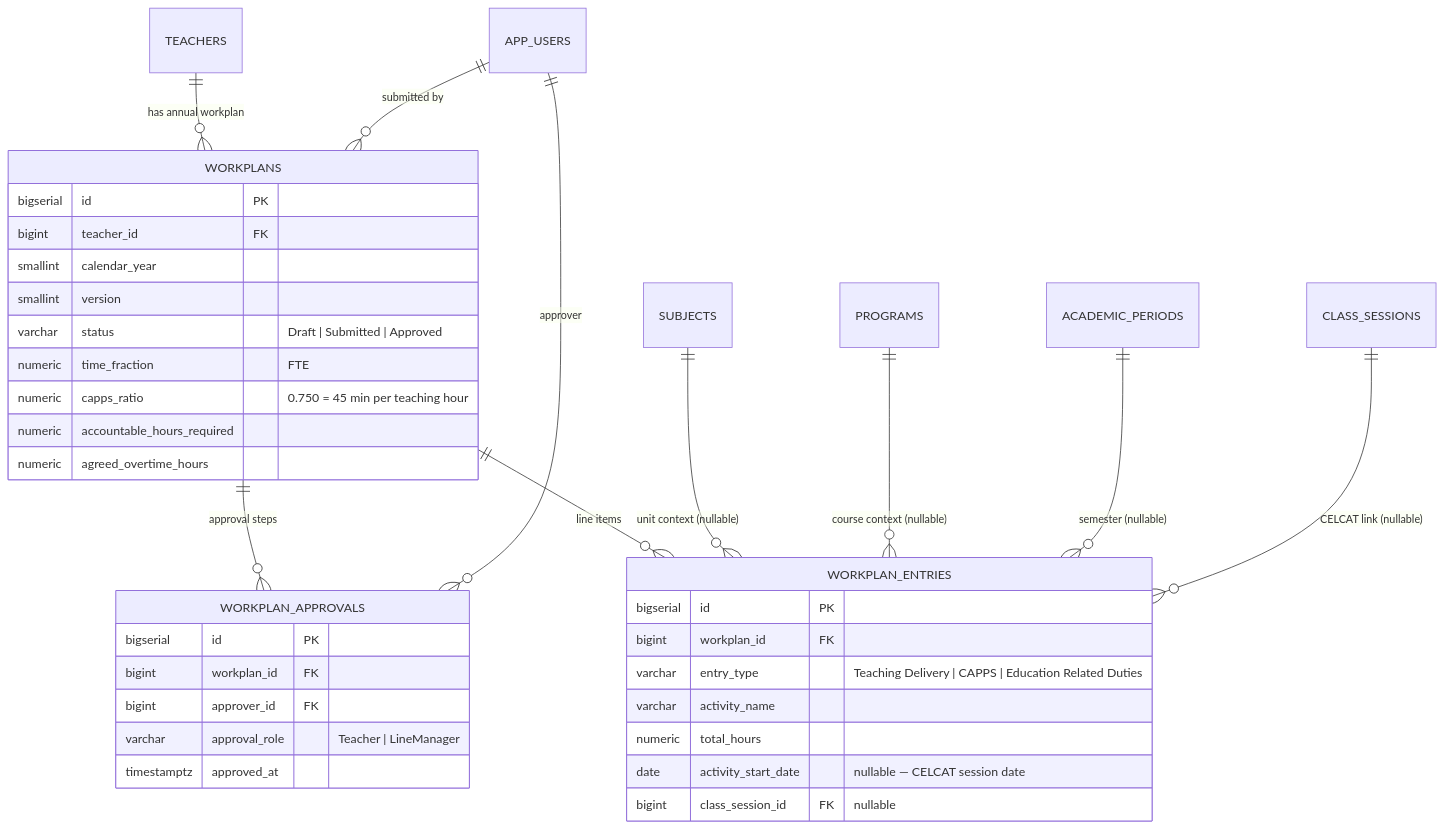
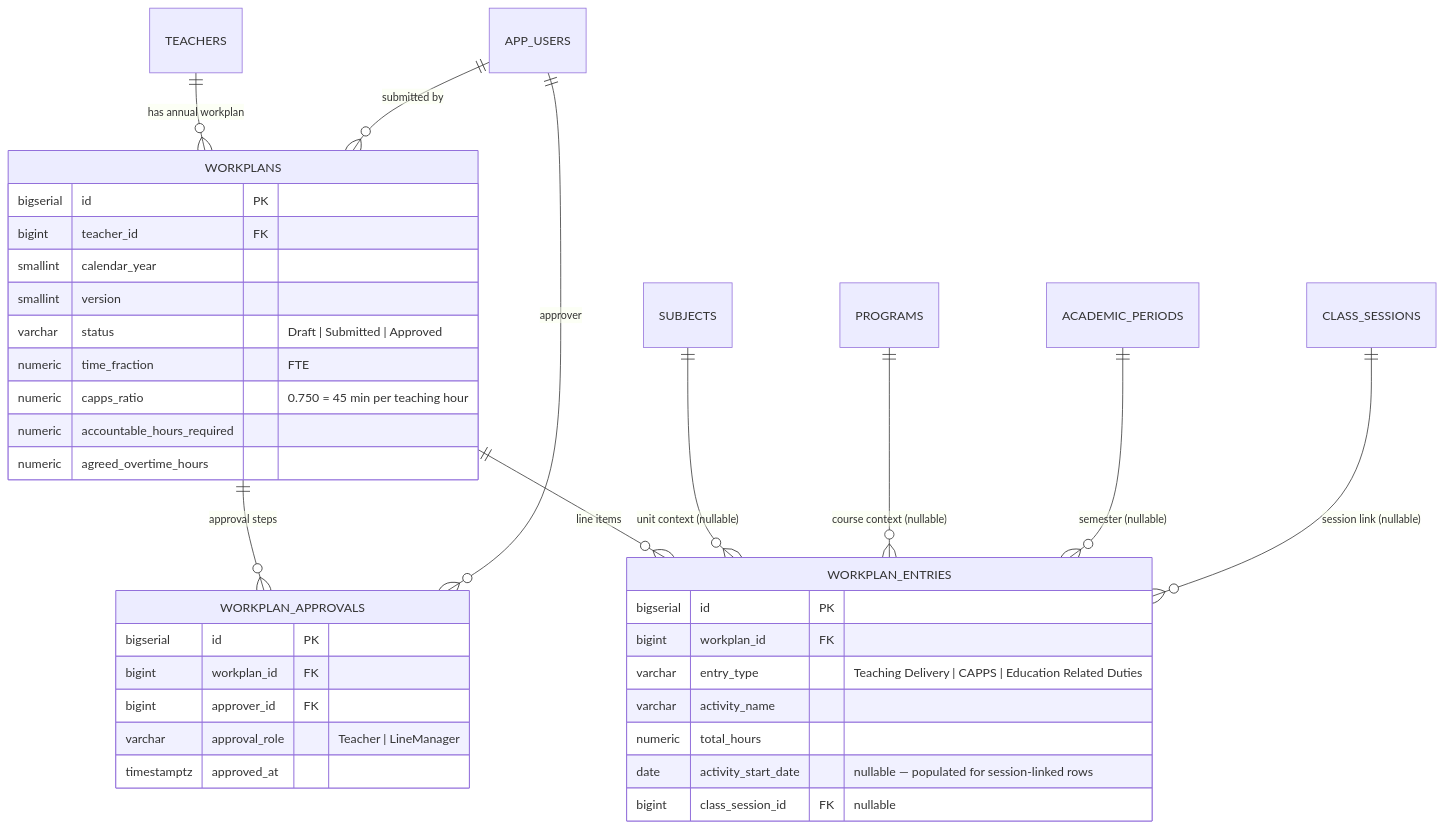
The tenth of 11 diagrams in docs/DATABASE.md (harleycalvert/nvims), drawn with Mermaid before and after one commit. The commit also changed other lines of this file and 2 other files, not shown here.

````diff
--- a/docs/DATABASE.md
+++ b/docs/DATABASE.md
@@ -342,40 +350,40 @@
 ```mermaid
 erDiagram
     TEACHERS ||--o{ WORKPLANS : "has annual workplan"
     APP_USERS ||--o{ WORKPLANS : "submitted by"
     WORKPLANS ||--o{ WORKPLAN_APPROVALS : "approval steps"
     APP_USERS ||--o{ WORKPLAN_APPROVALS : "approver"
     WORKPLANS ||--o{ WORKPLAN_ENTRIES : "line items"
     SUBJECTS ||--o{ WORKPLAN_ENTRIES : "unit context (nullable)"
     PROGRAMS ||--o{ WORKPLAN_ENTRIES : "course context (nullable)"
     ACADEMIC_PERIODS ||--o{ WORKPLAN_ENTRIES : "semester (nullable)"
-    CLASS_SESSIONS ||--o{ WORKPLAN_ENTRIES : "CELCAT link (nullable)"
+    CLASS_SESSIONS ||--o{ WORKPLAN_ENTRIES : "session link (nullable)"
 
     WORKPLANS {
         bigserial id PK
         bigint teacher_id FK
         smallint calendar_year
         smallint version
         varchar status "Draft | Submitted | Approved"
         numeric time_fraction "FTE"
         numeric capps_ratio "0.750 = 45 min per teaching hour"
         numeric accountable_hours_required
         numeric agreed_overtime_hours
     }
     WORKPLAN_ENTRIES {
         bigserial id PK
         bigint workplan_id FK
         varchar entry_type "Teaching Delivery | CAPPS | Education Related Duties"
         varchar activity_name
         numeric total_hours
-        date activity_start_date "nullable — CELCAT session date"
+        date activity_start_date "nullable — populated for session-linked rows"
         bigint class_session_id FK "nullable"
     }
     WORKPLAN_APPROVALS {
         bigserial id PK
         bigint workplan_id FK
         bigint approver_id FK
         varchar approval_role "Teacher | LineManager"
         timestamptz approved_at
     }
 ```
````
